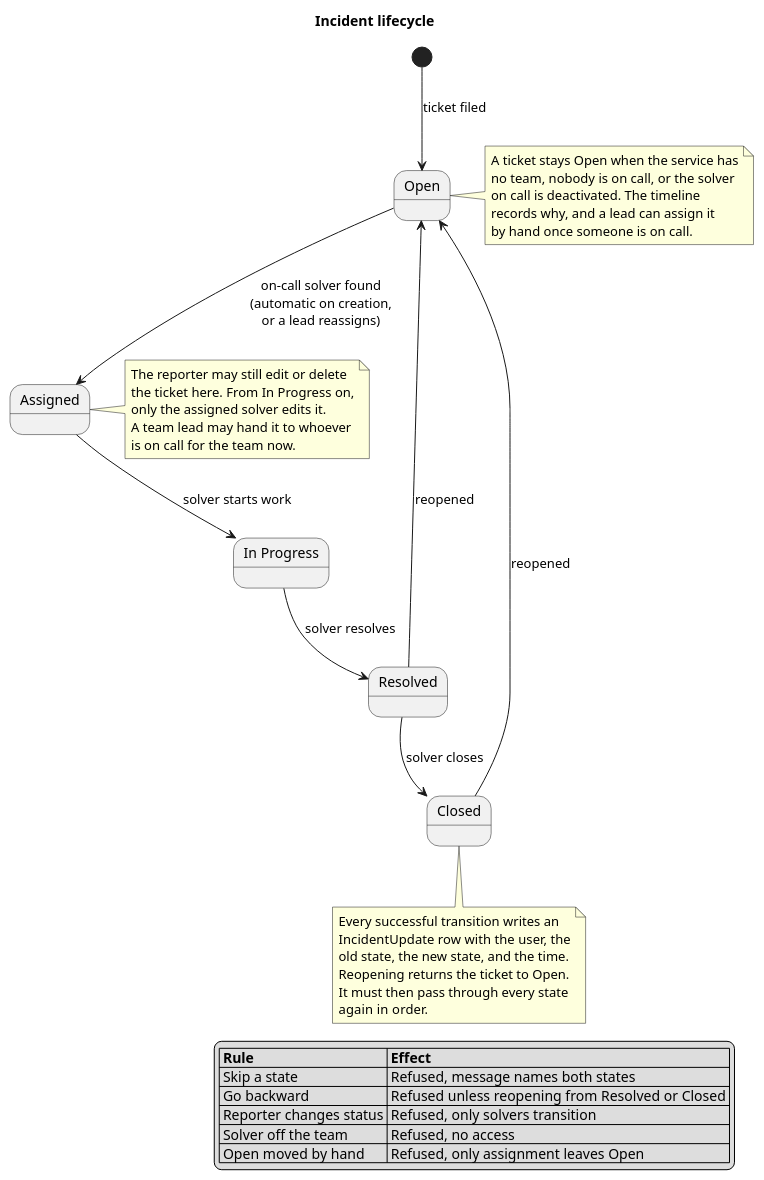
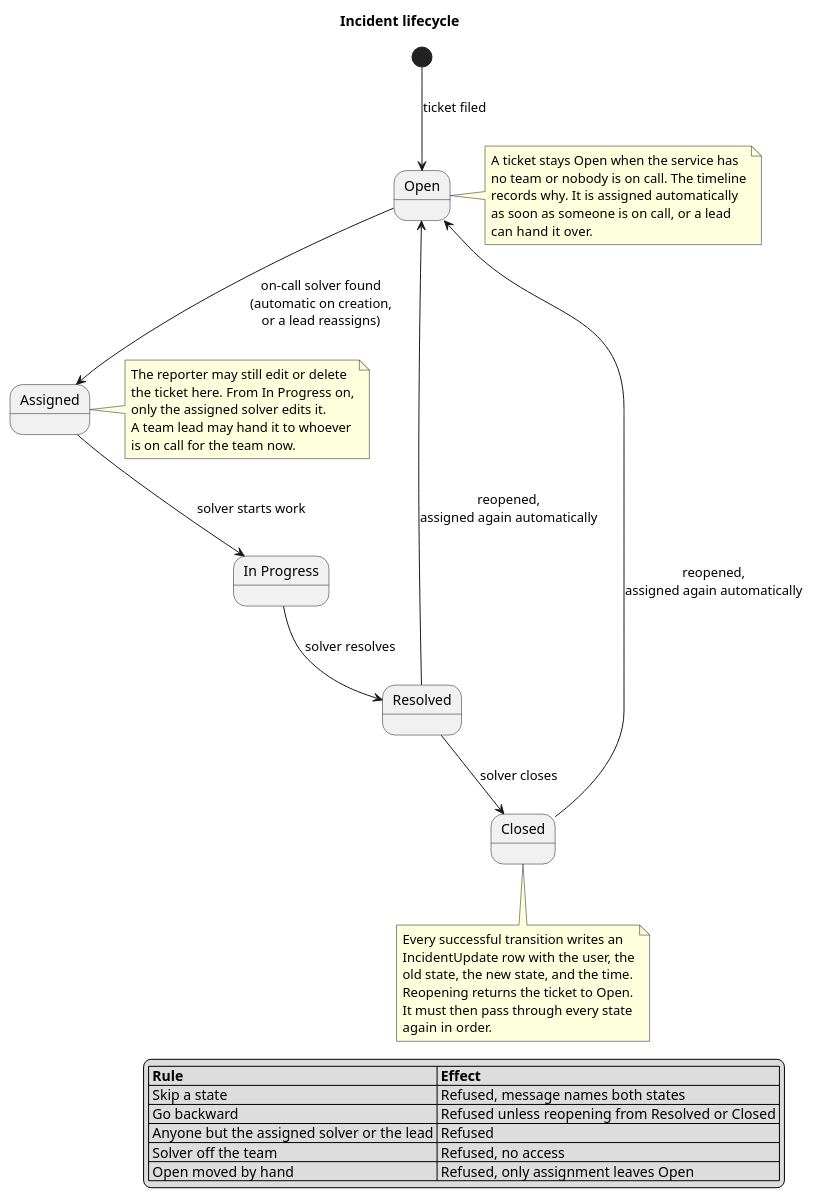
One commit to ZiedRbd/COSC-3339-Fall-2026-Term-Project changed the diagram in docs/incident-state-machine.puml. Above: the diagram before and after it, drawn with PlantUML. The commit also changed 8 other files, not shown here.

Commit message:
Reopened and waiting tickets are assigned automatically; only the assigned solver or the lead moves a ticket

```diff
--- a/docs/incident-state-machine.puml
+++ b/docs/incident-state-machine.puml
@@ -1,48 +1,48 @@
 @startuml
 title Incident lifecycle
 
 [*] --> Open : ticket filed
 
 state "In Progress" as InProgress
 
 Open --> Assigned : on-call solver found\n(automatic on creation,\nor a lead reassigns)
 Assigned --> InProgress : solver starts work
 InProgress --> Resolved : solver resolves
 Resolved --> Closed : solver closes
-Resolved --> Open : reopened
-Closed --> Open : reopened
+Resolved --> Open : reopened,\nassigned again automatically
+Closed --> Open : reopened,\nassigned again automatically
 
 note right of Open
   A ticket stays Open when the service has
-  no team, nobody is on call, or the solver
-  on call is deactivated. The timeline
-  records why, and a lead can assign it
-  by hand once someone is on call.
+  no team or nobody is on call. The timeline
+  records why. It is assigned automatically
+  as soon as someone is on call, or a lead
+  can hand it over.
 end note
 
 note right of Assigned
   The reporter may still edit or delete
   the ticket here. From In Progress on,
   only the assigned solver edits it.
   A team lead may hand it to whoever
   is on call for the team now.
 end note
 
 note bottom of Closed
   Every successful transition writes an
   IncidentUpdate row with the user, the
   old state, the new state, and the time.
   Reopening returns the ticket to Open.
   It must then pass through every state
   again in order.
 end note
 
 legend right
   |= Rule |= Effect |
   | Skip a state | Refused, message names both states |
   | Go backward | Refused unless reopening from Resolved or Closed |
-  | Reporter changes status | Refused, only solvers transition |
+  | Anyone but the assigned solver or the lead | Refused |
   | Solver off the team | Refused, no access |
   | Open moved by hand | Refused, only assignment leaves Open |
 endlegend
 @enduml
```
